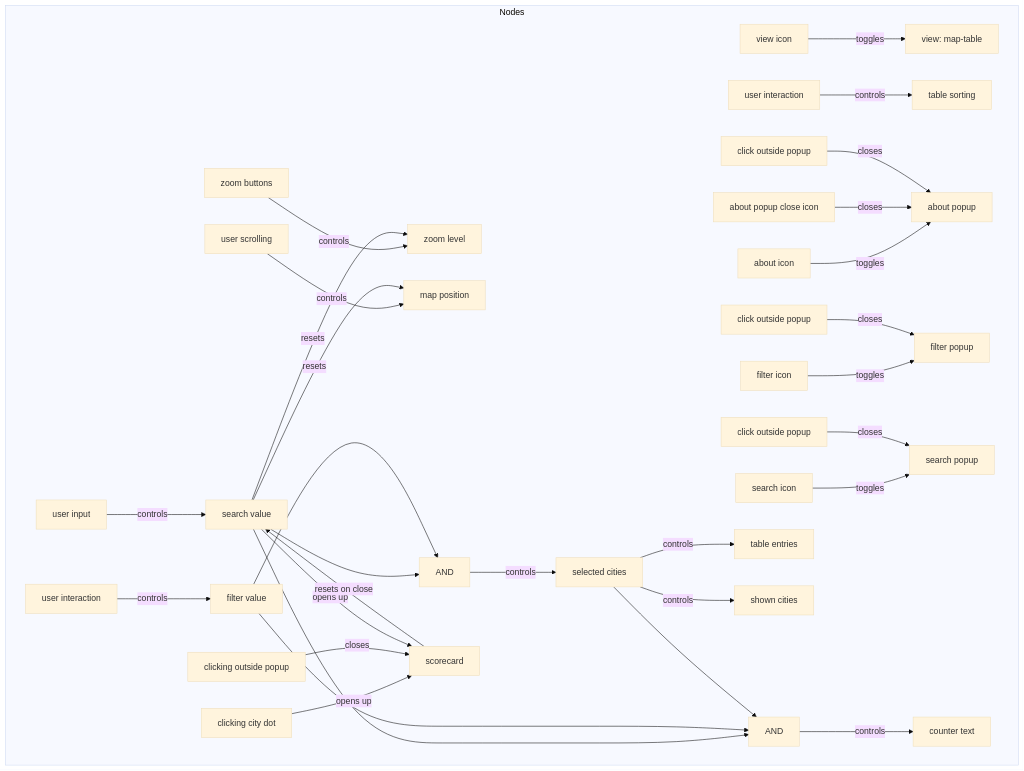
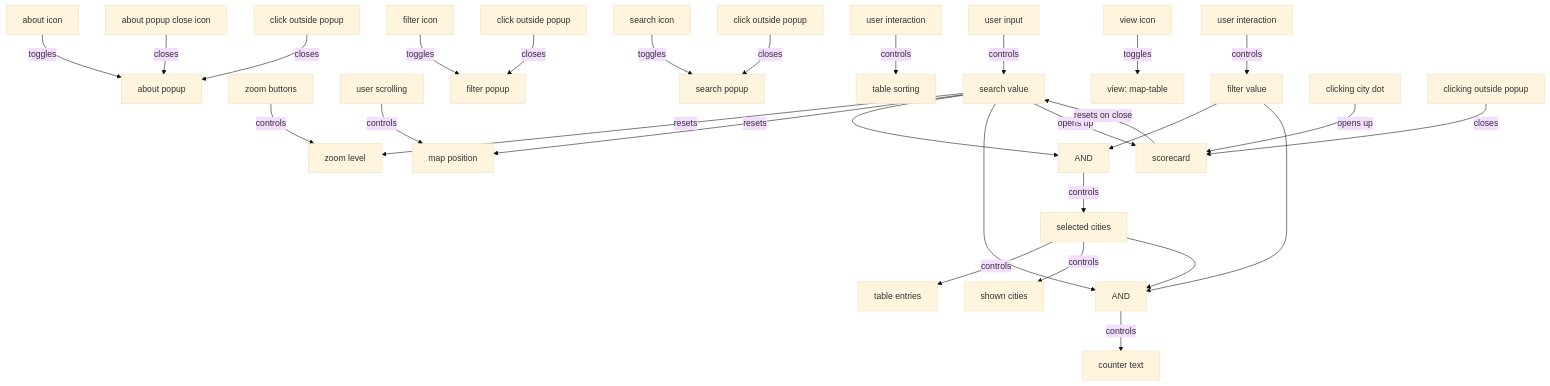
Before and after one commit to ParkingReformNetwork/reform-map: the diagram in README.md, drawn with Mermaid (base theme). The commit also changed other lines of this file and 9 other files, not shown here.

````diff
--- a/README.md
+++ b/README.md
@@ -92,51 +102,49 @@
 ```mermaid
 graph TD
-    subgraph Nodes
-        A[about icon]
-        B[about popup]
-        C[about popup close icon]
-        D[click outside popup]
+    A[about icon]
+    B[about popup]
+    C[about popup close icon]
+    D[click outside popup]
 
-        E[zoom buttons]
-        F[zoom level]
+    E[zoom buttons]
+    F[zoom level]
 
-        G[map position]
-        H[user scrolling]
+    G[map position]
+    H[user scrolling]
 
-        K[filter popup]
-        L[filter icon]
-        M[click outside popup]
+    K[filter popup]
+    L[filter icon]
+    M[click outside popup]
 
-        N[search popup]
-        O[search icon]
-        P[click outside popup]
+    N[search popup]
+    O[search icon]
+    P[click outside popup]
 
-        Q[table entries]
+    Q[table entries]
 
-        R[table sorting]
-        S[user interaction]
+    R[table sorting]
+    S[user interaction]
 
-        T[counter text]
-        AE[AND]
+    T[counter text]
+    AE[AND]
 
-        U[filter value]
-        V[user interaction]
+    U[filter value]
+    V[user interaction]
 
-        X[search value]
-        Y[user input]
+    X[search value]
+    Y[user input]
 
-        Z[view icon]
-        AA[view: map-table]
+    Z[view icon]
+    AA[view: map-table]
 
-        AB[selected cities]
-        AC[AND]
+    AB[selected cities]
+    AC[AND]
 
-        AD[shown cities]
+    AD[shown cities]
 
-        AF[scorecard]
-        AG[clicking city dot]
-        AH[clicking outside popup]
-    end
+    AF[scorecard]
+    AG[clicking city dot]
+    AH[clicking outside popup]
 
     %% Relationships
     Z -->|toggles| AA
````
